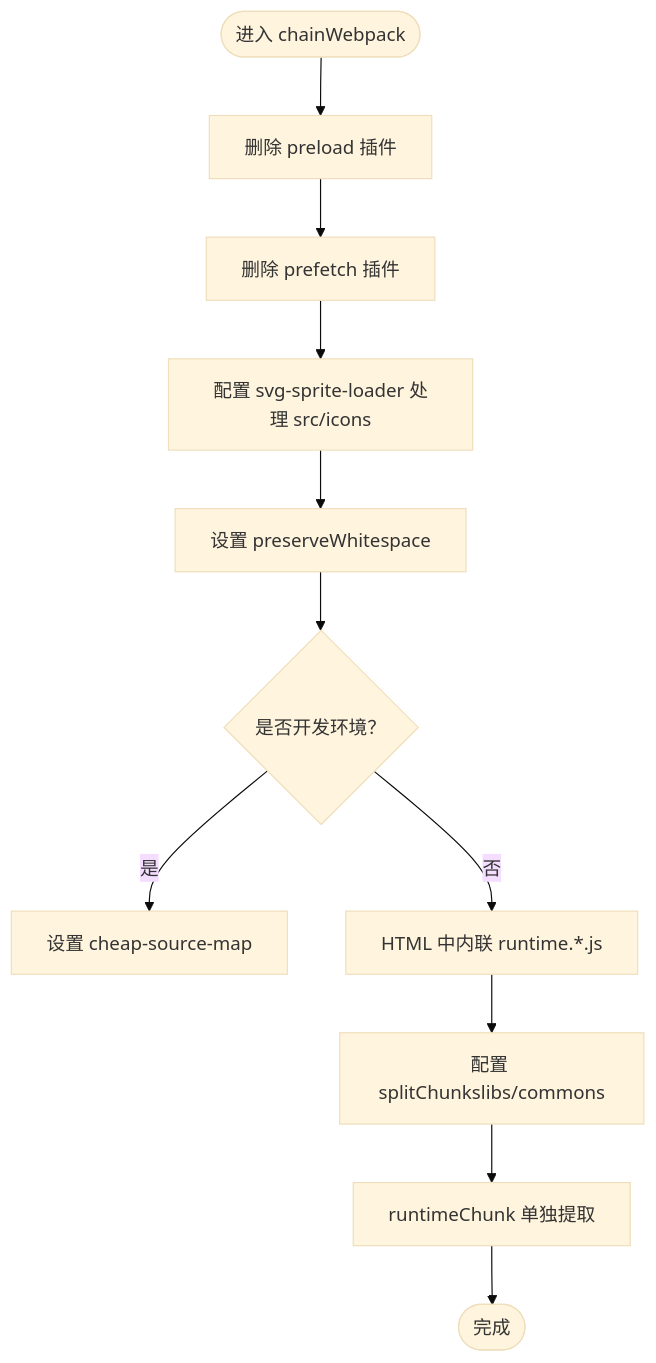
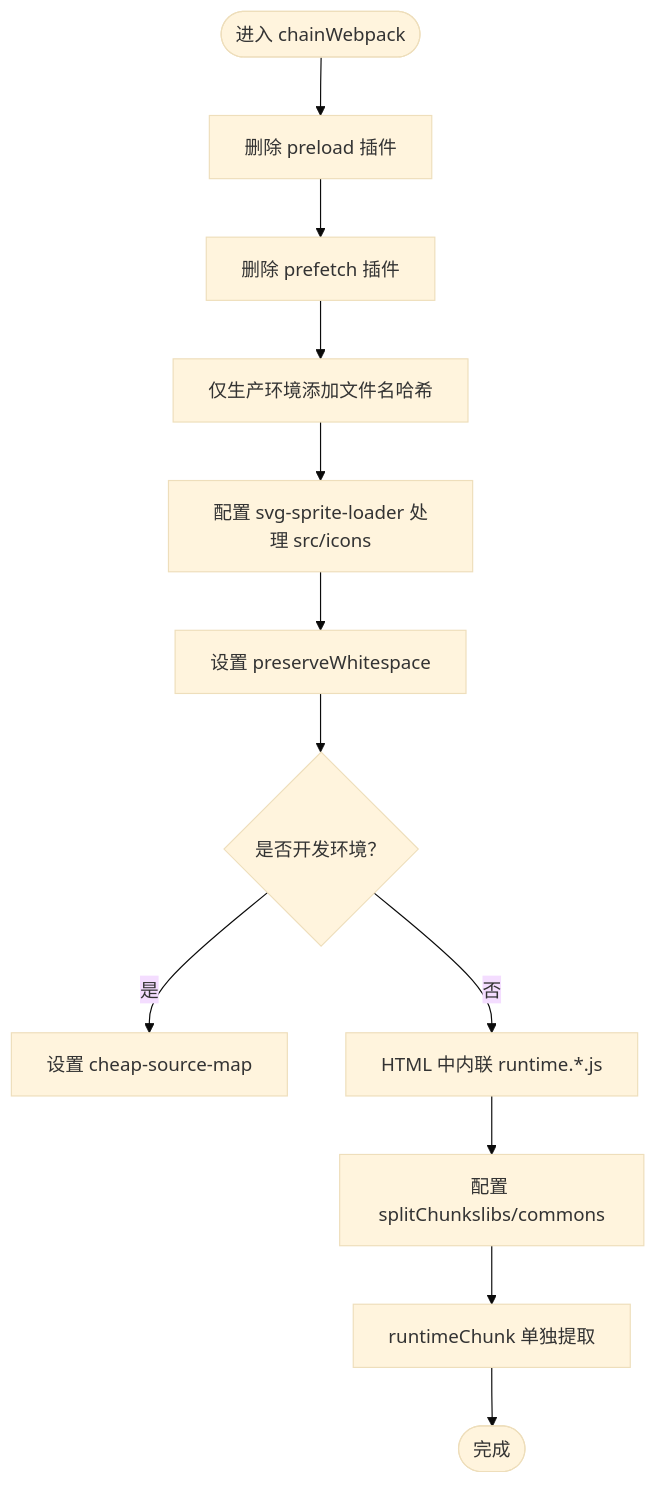
The third of 11 diagrams in .qoder/repowiki/zh/content/前端应用/构建部署/构建部署.md (TinyMaD/SpeedRunnersLab), drawn with Mermaid (base theme) before and after one commit. The commit also changed other lines of this file and 33 other files, not shown here.

````diff
--- a/.qoder/repowiki/zh/content/前端应用/构建部署/构建部署.md
+++ b/.qoder/repowiki/zh/content/前端应用/构建部署/构建部署.md
@@ -226,13 +236,14 @@
 ```mermaid
 flowchart TD
 Start(["进入 chainWebpack"]) --> DelPreload["删除 preload 插件"]
 DelPreload --> DelPrefetch["删除 prefetch 插件"]
-DelPrefetch --> SVG["配置 svg-sprite-loader 处理 src/icons"]
+DelPrefetch --> Hash["仅生产环境添加文件名哈希"]
+Hash --> SVG["配置 svg-sprite-loader 处理 src/icons"]
 SVG --> VueOpt["设置 preserveWhitespace"]
 VueOpt --> DevTool{"是否开发环境？"}
 DevTool --> |是| DevMap["设置 cheap-source-map"]
 DevTool --> |否| InlineRT["HTML 中内联 runtime.*.js"]
 InlineRT --> Split["配置 splitChunkslibs/commons"]
 Split --> Runtime["runtimeChunk 单独提取"]
 Runtime --> End(["完成"])
 ```
````
